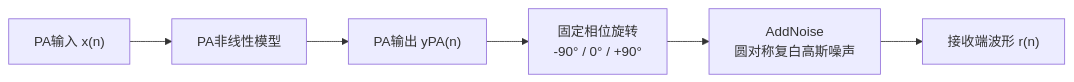
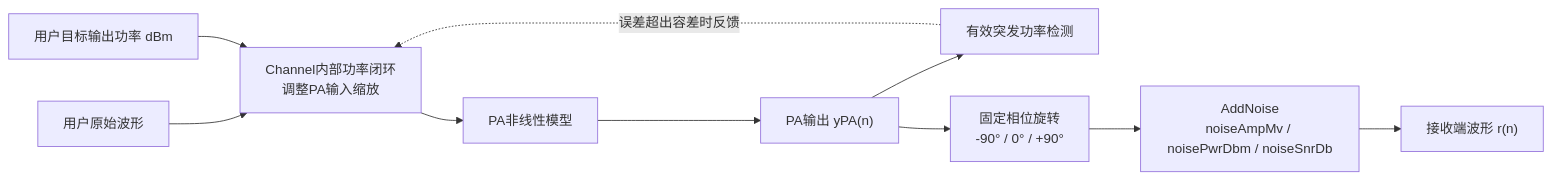
Before and after one commit to niyilu45/DPD_ILC: the first of 3 diagrams in doc/Channel.md, drawn with Mermaid. The commit also changed other lines of this file and 10 other files, not shown here.

Commit message:
Integrate channel power calibration and SNR noise

````diff
--- a/doc/Channel.md
+++ b/doc/Channel.md
@@ -7,8 +7,12 @@
 ```mermaid
 flowchart LR
-    input["PA输入 x(n)"] --> pa["PA非线性模型"]
+    raw["用户原始波形"] --> calibration["Channel内部功率闭环<br/>调整PA输入缩放"]
+    target["用户目标输出功率 dBm"] --> calibration
+    calibration --> pa["PA非线性模型"]
     pa --> paOutput["PA输出 yPA(n)"]
+    paOutput --> detector["有效突发功率检测"]
+    detector -. "误差超出容差时反馈" .-> calibration
     paOutput --> phase["固定相位旋转<br/>-90° / 0° / +90°"]
-    phase --> noise["AddNoise<br/>圆对称复白高斯噪声"]
+    phase --> noise["AddNoise<br/>noiseAmpMv / noisePwrDbm / noiseSnrDb"]
     noise --> receiver["接收端波形 r(n)"]
 ```
````
